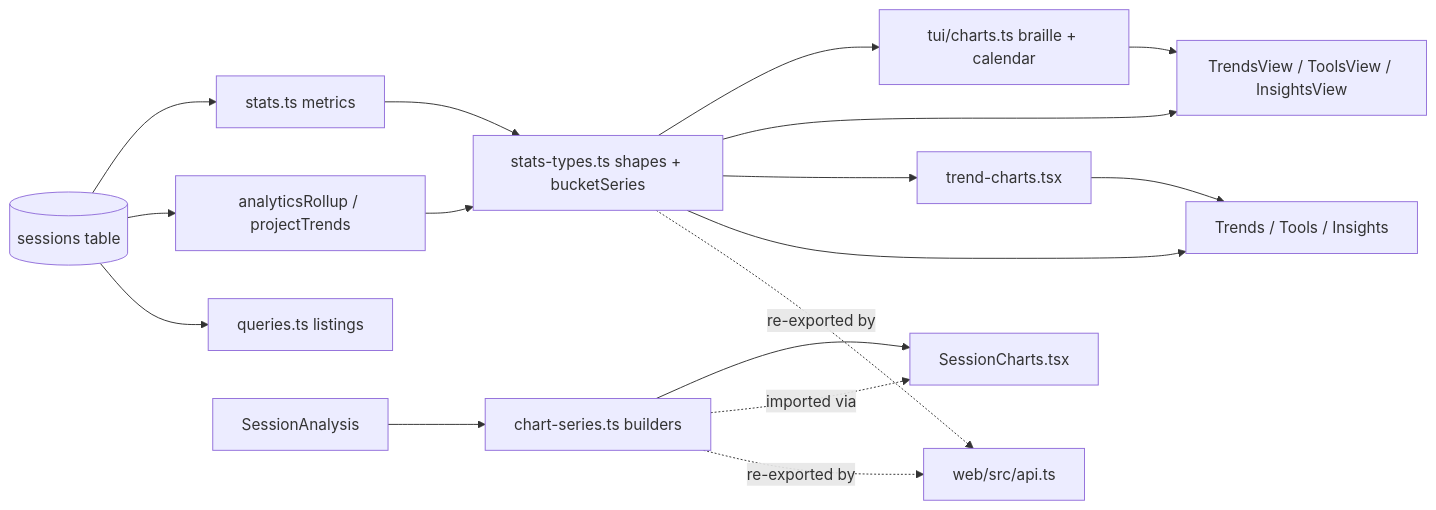
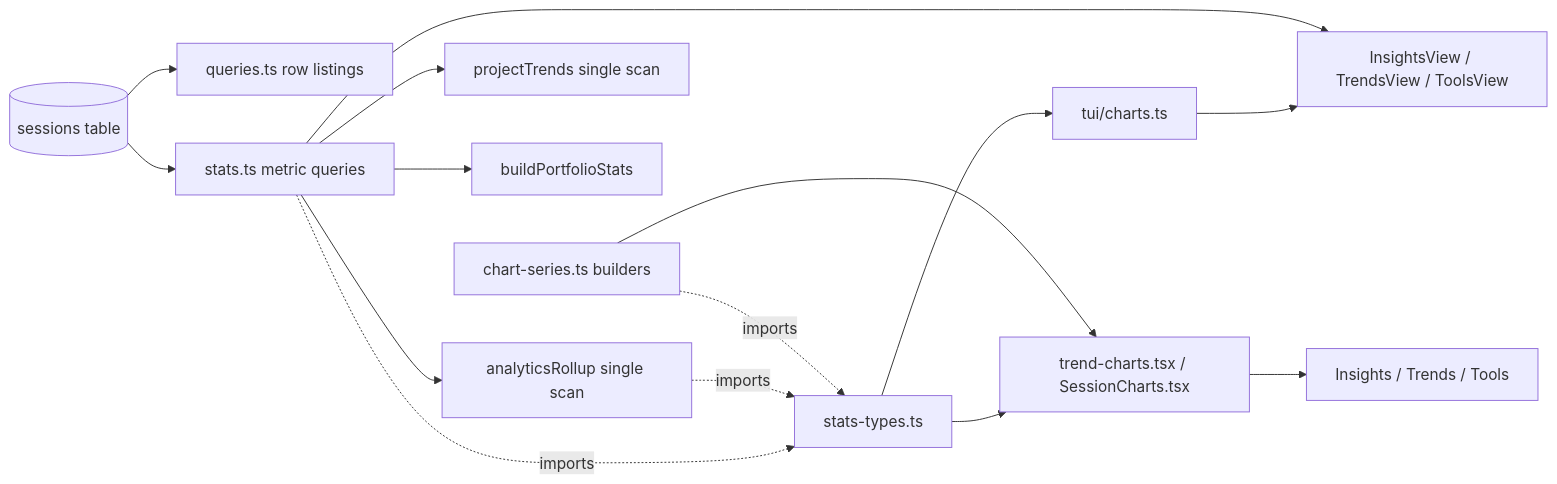
Before and after one commit to yorch/cc-analyzer: the diagram in wiki/7-analytics-and-insights.md, drawn with Mermaid. The commit also changed other lines of this file and 15 other files, not shown here.

First line of the commit message:
docs(wiki): reconcile with #42 (schema v8, chart/analytics changes)

````diff
--- a/wiki/7-analytics-and-insights.md
+++ b/wiki/7-analytics-and-insights.md
@@ -30,22 +29,20 @@
 ```mermaid
 flowchart LR
-    DB[(sessions table)] --> Metrics[stats.ts metrics]
-    DB --> Rollup[analyticsRollup / projectTrends]
-    DB --> Queries[queries.ts listings]
+    DB[(sessions table)] --> queries[queries.ts row listings]
+    DB --> stats[stats.ts metric queries]
+    stats --> rollup[analyticsRollup single scan]
+    stats --> trends[projectTrends single scan]
+    stats --> portfolio[buildPortfolioStats]
 
-    Metrics --> Types[stats-types.ts shapes + bucketSeries]
-    Rollup --> Types
-    Analysis[SessionAnalysis] --> Series[chart-series.ts builders]
+    stats -.imports.-> types[stats-types.ts]
+    rollup -.imports.-> types
+    series[chart-series.ts builders] -.imports.-> types
 
-    Types --> TUIcharts[tui/charts.ts braille + calendar]
-    Types --> TUIviews[TrendsView / ToolsView / InsightsView]
-    Series --> WebSess[SessionCharts.tsx]
-    Types --> WebTrend[trend-charts.tsx]
-    Types --> WebViews[Trends / Tools / Insights]
+    types --> tuiCharts[tui/charts.ts]
+    tuiCharts --> tuiViews[InsightsView / TrendsView / ToolsView]
+    stats --> tuiViews
 
-    TUIcharts --> TUIviews
-    WebTrend --> WebViews
-    Series -.imported via.-> WebSess
-    Types -.re-exported by.-> API[web/src/api.ts]
-    Series -.re-exported by.-> API
+    types --> webCharts[trend-charts.tsx / SessionCharts.tsx]
+    series --> webCharts
+    webCharts --> webViews[Insights / Trends / Tools]
 ```
````
